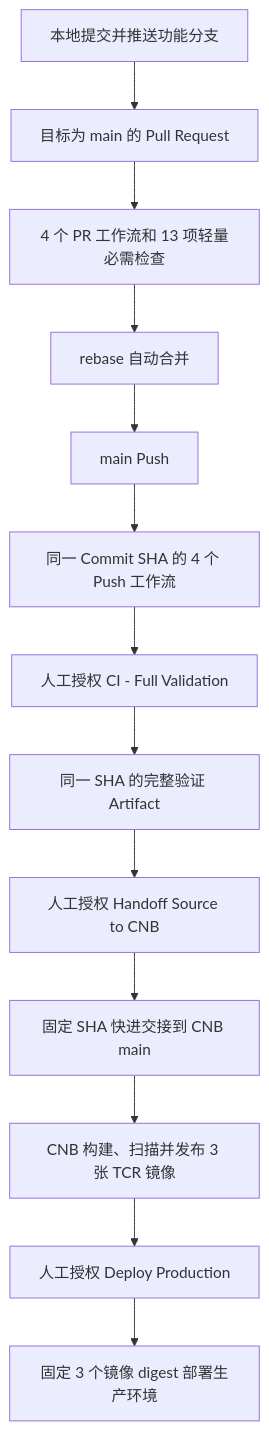
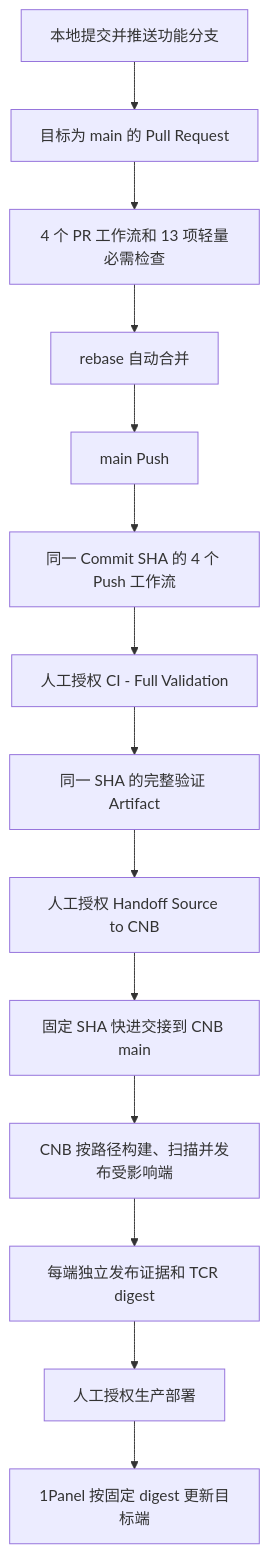
The diagram in docs/operations/github-actions-workflows.md (jinmozhe/pinjie-fullstack-base), drawn with Mermaid before and after one commit. The commit also changed other lines of this file and 21 other files, not shown here.

````diff
--- a/docs/operations/github-actions-workflows.md
+++ b/docs/operations/github-actions-workflows.md
@@ -23,15 +23,16 @@
 ```mermaid
 flowchart TD
     A["本地提交并推送功能分支"] --> B["目标为 main 的 Pull Request"]
     B --> C["4 个 PR 工作流和 13 项轻量必需检查"]
     C --> D["rebase 自动合并"]
     D --> E["main Push"]
     E --> G["同一 Commit SHA 的 4 个 Push 工作流"]
     G --> F["人工授权 CI - Full Validation"]
     F --> N["同一 SHA 的完整验证 Artifact"]
     N --> H["人工授权 Handoff Source to CNB"]
     H --> I["固定 SHA 快进交接到 CNB main"]
-    I --> J["CNB 构建、扫描并发布 3 张 TCR 镜像"]
-    J --> K["人工授权 Deploy Production"]
-    K --> L["固定 3 个镜像 digest 部署生产环境"]
+    I --> J["CNB 按路径构建、扫描并发布受影响端"]
+    J --> M["每端独立发布证据和 TCR digest"]
+    M --> K["人工授权生产部署"]
+    K --> L["1Panel 按固定 digest 更新目标端"]
 ```
````
